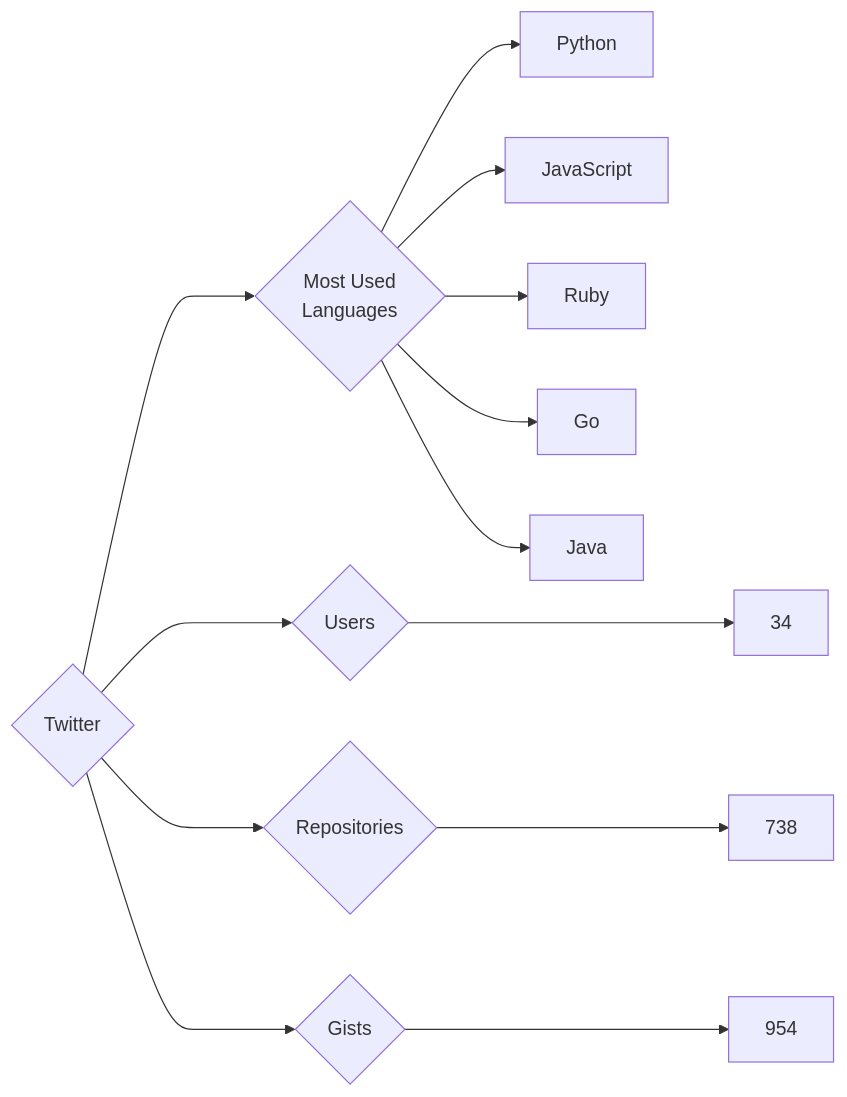
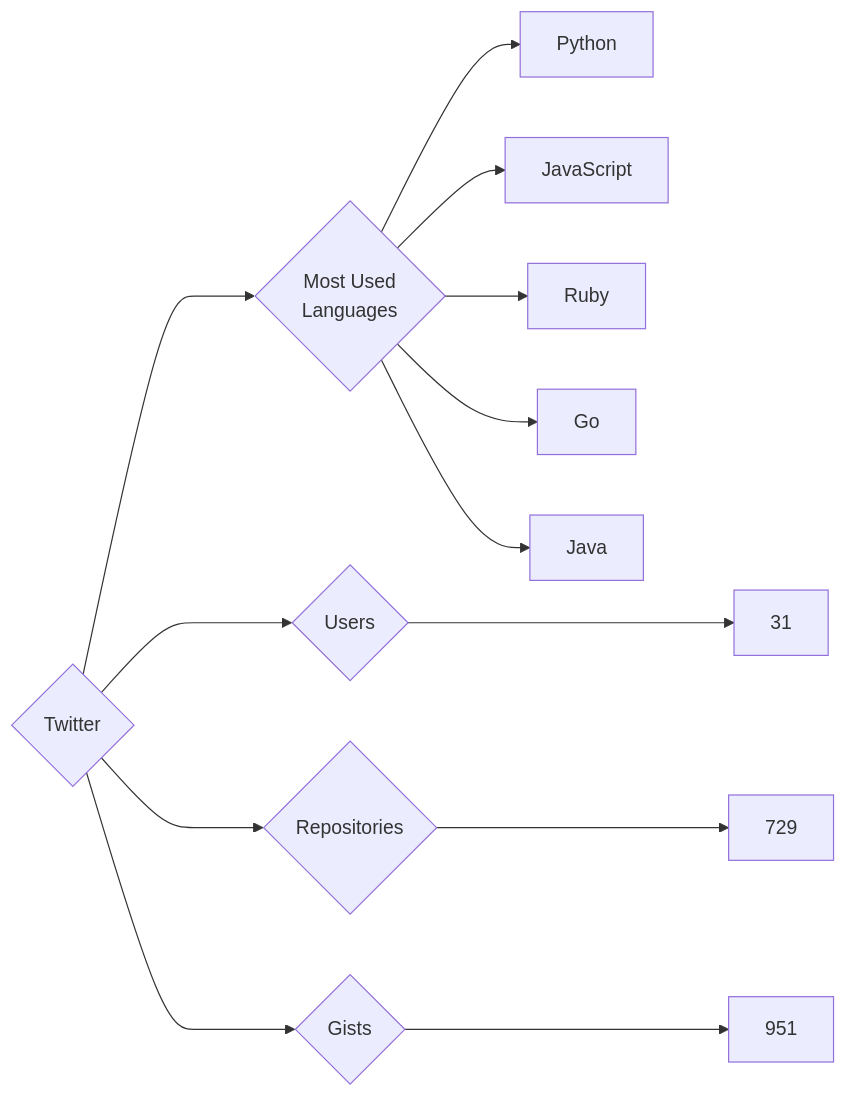
The diagram in targets/Twitter/README.md (trickest/insiders), drawn with Mermaid before and after one commit. The commit also changed 794 other files, not shown here.

````diff
--- a/targets/Twitter/README.md
+++ b/targets/Twitter/README.md
@@ -3,13 +3,13 @@
 ```mermaid
 graph LR
 COMPANY_NAME{Twitter}
-COMPANY_NAME ---> U{Users} ---> UN[34]
-COMPANY_NAME ---> R{Repositories} ---> RN[738]
-COMPANY_NAME ---> G{Gists} ---> GN[954]
+COMPANY_NAME ---> U{Users} ---> UN[31]
+COMPANY_NAME ---> R{Repositories} ---> RN[729]
+COMPANY_NAME ---> G{Gists} ---> GN[951]
 COMPANY_NAME ---> ML{Most Used<br>Languages}
 ML --> Python[Python]
 ML --> JavaScript[JavaScript]
 ML --> Ruby[Ruby]
 ML --> Go[Go]
 ML --> Java[Java]
 ```
````
